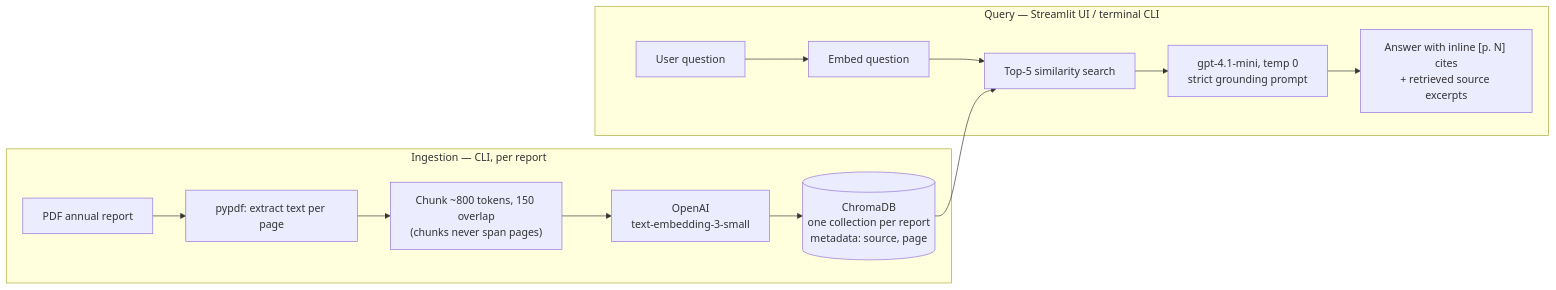
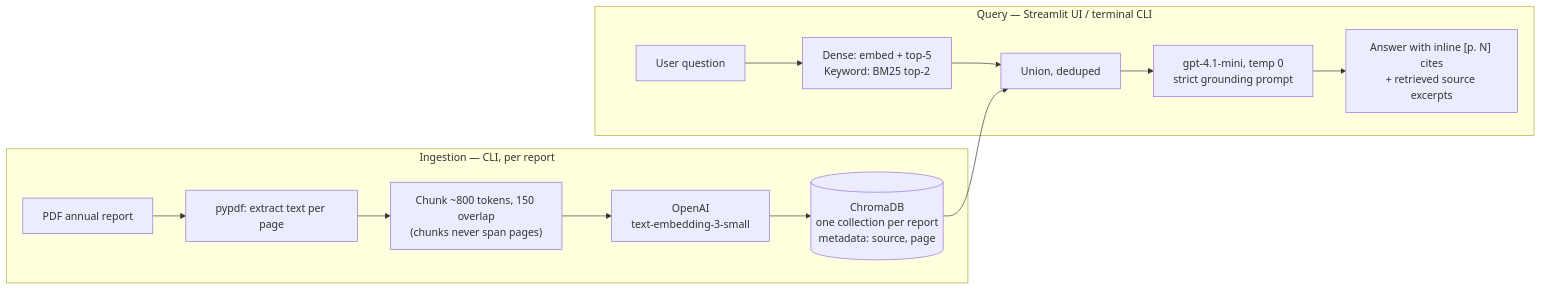
The diagram in README.md (thequietearth/Annual-Report-Analyst), drawn with Mermaid before and after one commit. The commit also changed other lines of this file and 11 other files, not shown here.

````diff
--- a/README.md
+++ b/README.md
@@ -17,16 +17,16 @@
 ```mermaid
 flowchart LR
     subgraph Ingestion["Ingestion — CLI, per report"]
         A["PDF annual report"] --> B["pypdf: extract text per page"]
         B --> C["Chunk ~800 tokens, 150 overlap<br/>(chunks never span pages)"]
         C --> D["OpenAI<br/>text-embedding-3-small"]
         D --> E[("ChromaDB<br/>one collection per report<br/>metadata: source, page")]
     end
     subgraph Query["Query — Streamlit UI / terminal CLI"]
-        Q["User question"] --> R["Embed question"]
-        R --> S["Top-5 similarity search"]
+        Q["User question"] --> R["Dense: embed + top-5<br/>Keyword: BM25 top-2"]
+        R --> S["Union, deduped"]
         E --> S
         S --> T["gpt-4.1-mini, temp 0<br/>strict grounding prompt"]
         T --> U["Answer with inline [p. N] cites<br/>+ retrieved source excerpts"]
     end
 ```
````
